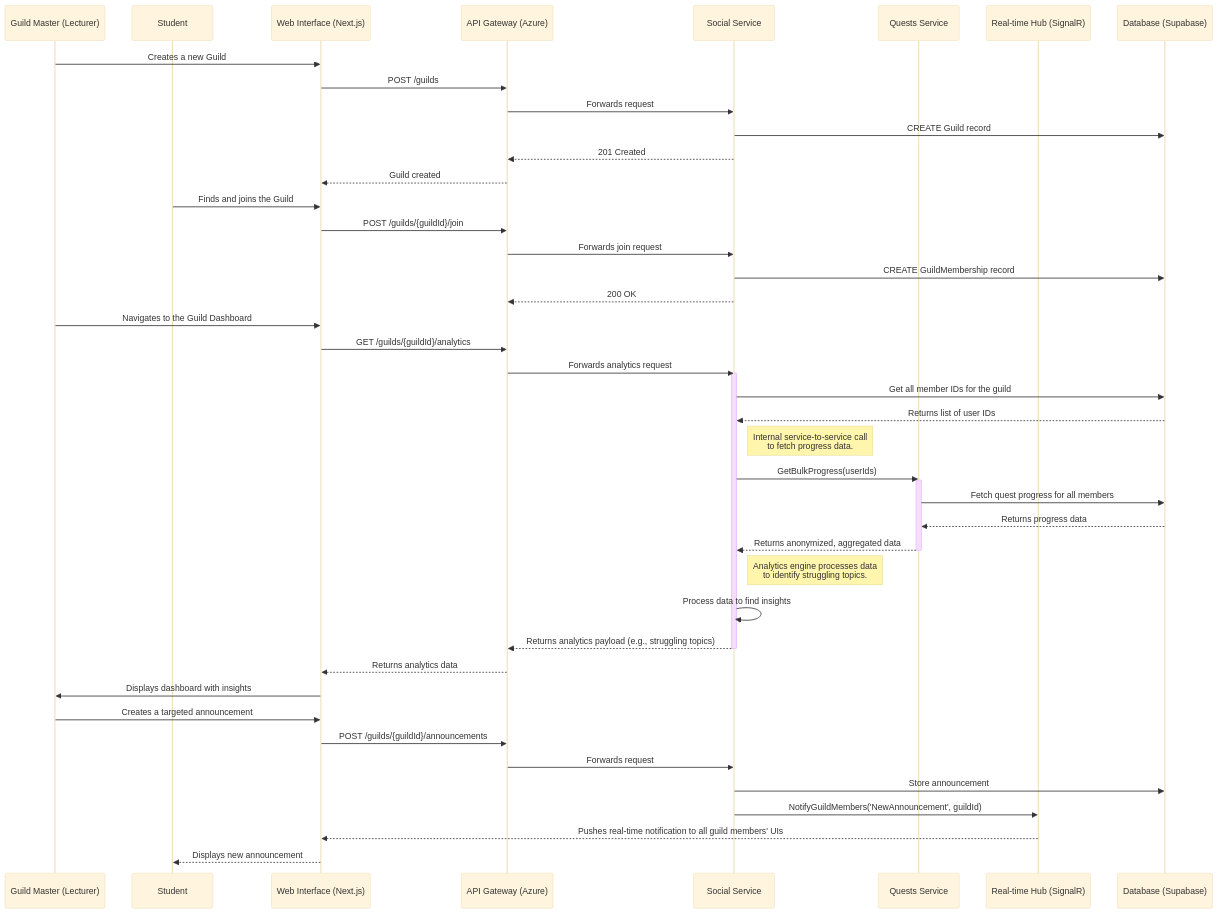
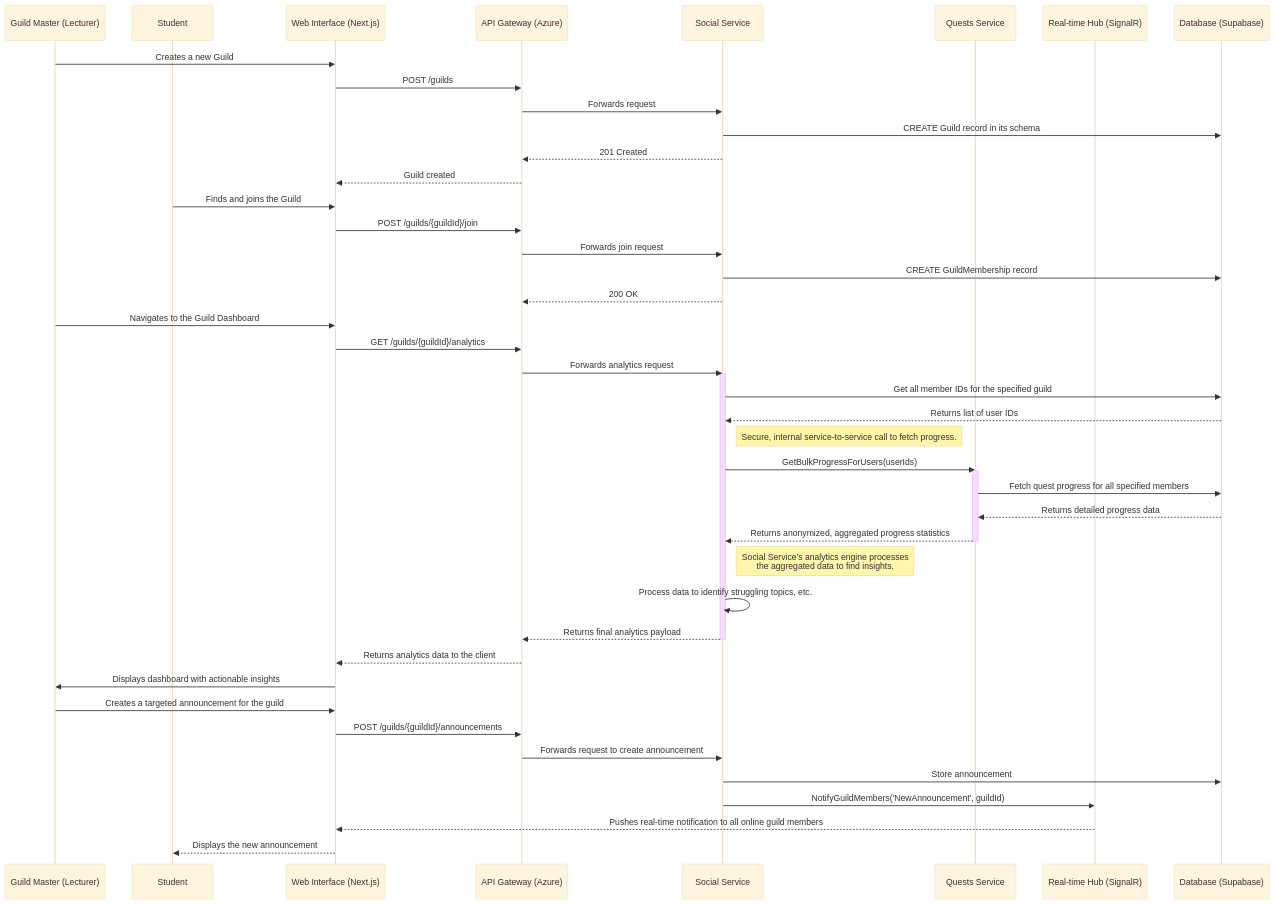
Before and after one commit to FA25SE050-RogueLearn/RogueLearn.BMAD.Documentation: the diagram in mermaid-diagrams/sequence/05-guild-management.md, drawn with Mermaid (base theme). The commit also changed 5 other files, not shown here.

Commit message:
update sequence diagrams

````diff
--- a/mermaid-diagrams/sequence/05-guild-management.md
+++ b/mermaid-diagrams/sequence/05-guild-management.md
@@ -3,63 +3,64 @@
 ```mermaid
 sequenceDiagram
     participant GM as Guild Master (Lecturer)
     participant S as Student
     participant UI as Web Interface (Next.js)
     participant APIGateway as API Gateway (Azure)
     participant SocialService as Social Service
     participant QuestsService as Quests Service
     participant RealtimeHub as Real-time Hub (SignalR)
     participant Database as Database (Supabase)
 
     %% Step 1: Guild Master creates a Guild %%
     GM->>UI: Creates a new Guild
     UI->>APIGateway: POST /guilds
     APIGateway->>SocialService: Forwards request
-    SocialService->>Database: CREATE Guild record
+    SocialService->>Database: CREATE Guild record in its schema
     SocialService-->>APIGateway: 201 Created
     APIGateway-->>UI: Guild created
 
     %% Step 2: Student joins the Guild %%
     S->>UI: Finds and joins the Guild
     UI->>APIGateway: POST /guilds/{guildId}/join
     APIGateway->>SocialService: Forwards join request
     SocialService->>Database: CREATE GuildMembership record
     SocialService-->>APIGateway: 200 OK
 
     %% Step 3: Guild Master views the Analytics Dashboard %%
     GM->>UI: Navigates to the Guild Dashboard
     UI->>APIGateway: GET /guilds/{guildId}/analytics
     APIGateway->>SocialService: Forwards analytics request
     
     %% Step 4: Backend services collaborate to aggregate anonymized data %%
     activate SocialService
-    SocialService->>Database: Get all member IDs for the guild
+    SocialService->>Database: Get all member IDs for the specified guild
     Database-->>SocialService: Returns list of user IDs
     
-    Note right of SocialService: Internal service-to-service call<br/>to fetch progress data.
-    SocialService->>QuestsService: GetBulkProgress(userIds)
+    Note right of SocialService: Secure, internal service-to-service call to fetch progress.
+    SocialService->>QuestsService: GetBulkProgressForUsers(userIds)
+    
     activate QuestsService
-    QuestsService->>Database: Fetch quest progress for all members
-    Database-->>QuestsService: Returns progress data
-    QuestsService-->>SocialService: Returns anonymized, aggregated data
+    QuestsService->>Database: Fetch quest progress for all specified members
+    Database-->>QuestsService: Returns detailed progress data
+    QuestsService-->>SocialService: Returns anonymized, aggregated progress statistics
     deactivate QuestsService
     
-    Note right of SocialService: Analytics engine processes data<br/>to identify struggling topics.
-    SocialService->>SocialService: Process data to find insights
+    Note right of SocialService: Social Service's analytics engine processes<br/>the aggregated data to find insights.
+    SocialService->>SocialService: Process data to identify struggling topics, etc.
     
-    SocialService-->>APIGateway: Returns analytics payload (e.g., struggling topics)
+    SocialService-->>APIGateway: Returns final analytics payload
     deactivate SocialService
-    APIGateway-->>UI: Returns analytics data
-    UI->>GM: Displays dashboard with insights
+    APIGateway-->>UI: Returns analytics data to the client
+    UI->>GM: Displays dashboard with actionable insights
 
-    %% Step 5: Guild Master takes action based on insights %%
-    GM->>UI: Creates a targeted announcement
+    %% Step 5: Guild Master takes action %%
+    GM->>UI: Creates a targeted announcement for the guild
     UI->>APIGateway: POST /guilds/{guildId}/announcements
-    APIGateway->>SocialService: Forwards request
+    APIGateway->>SocialService: Forwards request to create announcement
     SocialService->>Database: Store announcement
     
-    %% Step 6: Students are notified %%
+    %% Step 6: Students are notified in real-time %%
     SocialService->>RealtimeHub: NotifyGuildMembers('NewAnnouncement', guildId)
-    RealtimeHub-->>UI: Pushes real-time notification to all guild members' UIs
-    UI-->>S: Displays new announcement
+    RealtimeHub-->>UI: Pushes real-time notification to all online guild members
+    UI-->>S: Displays the new announcement
 ```
````
